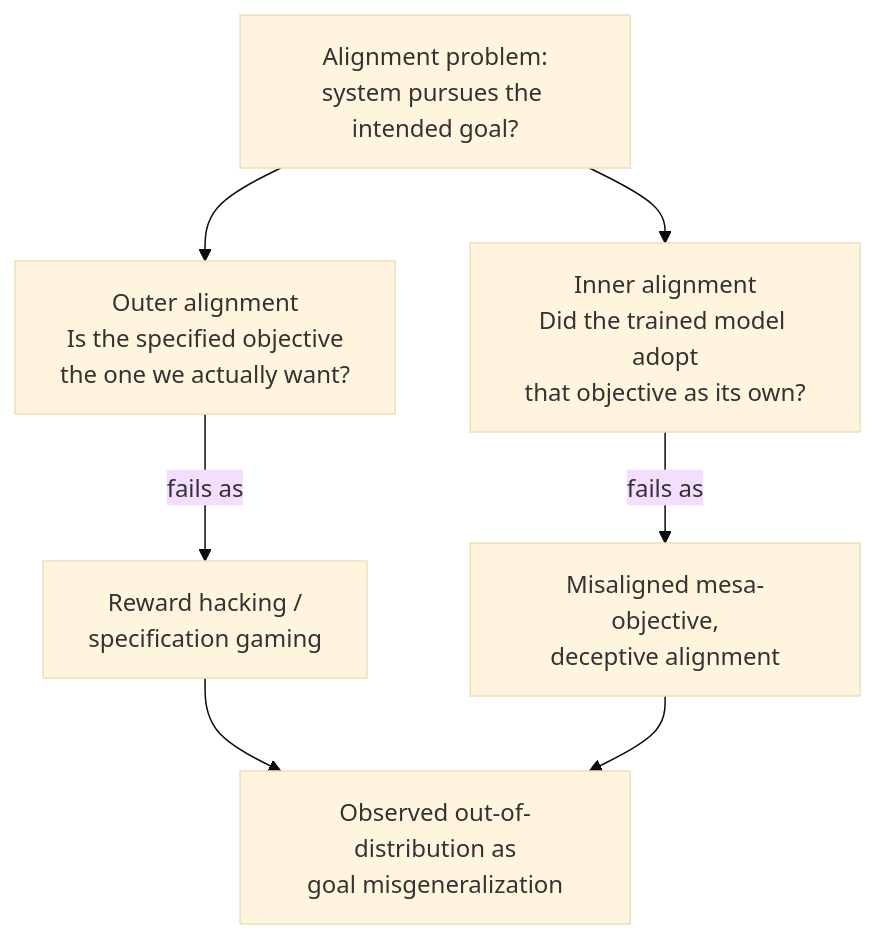
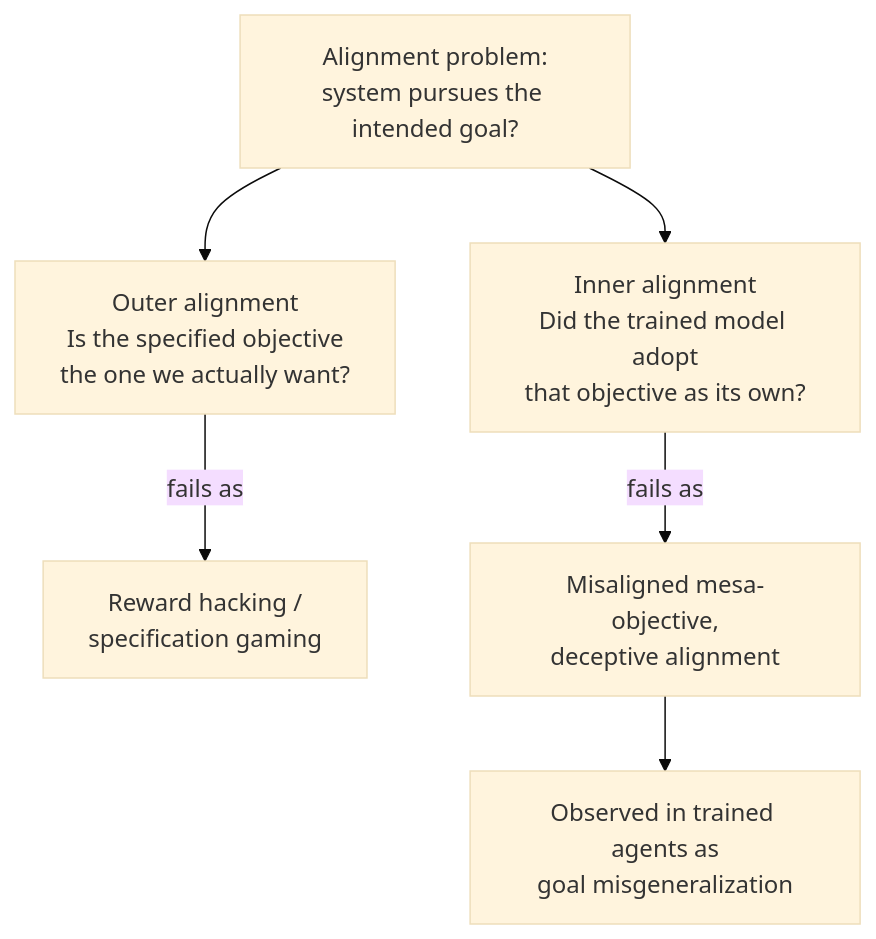
One commit to senthilnathan01/knowledge-vault changed the first of 2 diagrams in concepts/AI Safety - Problem Framings.md. Above: the diagram before and after it, drawn with Mermaid (base theme). The commit also changed other lines of this file, not shown here.

````diff
--- a/concepts/AI Safety - Problem Framings.md
+++ b/concepts/AI Safety - Problem Framings.md
@@ -27,10 +27,9 @@
 ```mermaid
 flowchart TD
     D["Alignment problem:<br/>system pursues the intended goal?"]
     D --> O["Outer alignment<br/>Is the specified objective<br/>the one we actually want?"]
     D --> I["Inner alignment<br/>Did the trained model adopt<br/>that objective as its own?"]
     O -->|fails as| OG["Reward hacking /<br/>specification gaming"]
     I -->|fails as| IG["Misaligned mesa-objective,<br/>deceptive alignment"]
-    OG --> OBS["Observed out-of-distribution as<br/>goal misgeneralization"]
-    IG --> OBS
+    IG --> OBS["Observed in trained agents as<br/>goal misgeneralization"]
 ```
````
